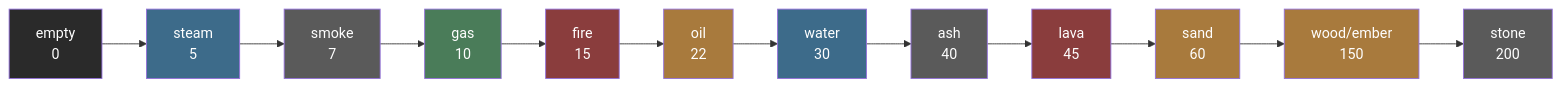
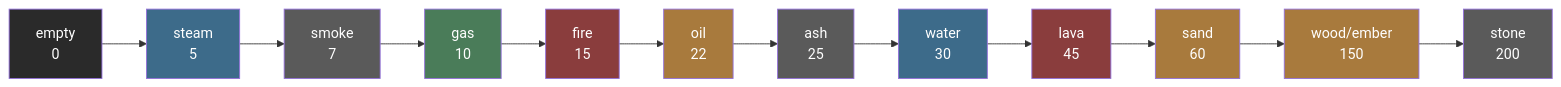
Before and after one commit to jose-villegas/esp32-c6-dev: the third of 7 diagrams in docs/Sand/Adding-a-Material.md, drawn with Mermaid. The commit also changed other lines of this file and 5 other files, not shown here.

First line of the commit message:
Make ash a fraction of what burned, float it, and let oil soak it

````diff
--- a/docs/Sand/Adding-a-Material.md
+++ b/docs/Sand/Adding-a-Material.md
@@ -197,17 +197,17 @@
 ```mermaid
 flowchart LR
-    E["empty\n0"] --> S["steam\n5"] --> K["smoke\n7"] --> G["gas\n10"] --> F["fire\n15"] --> X["oil\n22"] --> W["water\n30"] --> AS["ash\n40"] --> LV["lava\n45"] --> A["sand\n60"] --> D["wood/ember\n150"] --> T["stone\n200"]
+    E["empty\n0"] --> S["steam\n5"] --> K["smoke\n7"] --> G["gas\n10"] --> F["fire\n15"] --> X["oil\n22"] --> AS["ash\n25"] --> W["water\n30"] --> LV["lava\n45"] --> A["sand\n60"] --> D["wood/ember\n150"] --> T["stone\n200"]
 
     style E fill:#2a2a2a,color:#fff
     style S fill:#3d6b8a,color:#fff
     style K fill:#5a5a5a,color:#fff
     style G fill:#4a7c59,color:#fff
     style F fill:#8a3d3d,color:#fff
     style W fill:#3d6b8a,color:#fff
     style A fill:#a87a3d,color:#fff
     style D fill:#a87a3d,color:#fff
     style T fill:#5a5a5a,color:#fff
     style X fill:#a87a3d,color:#fff
     style AS fill:#5a5a5a,color:#fff
     style LV fill:#8a3d3d,color:#fff
 ```
````
